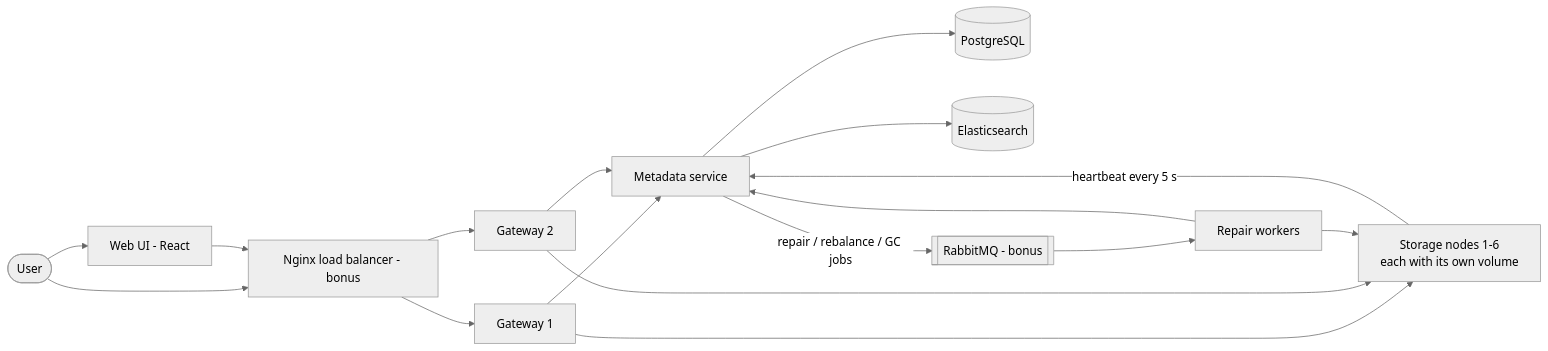
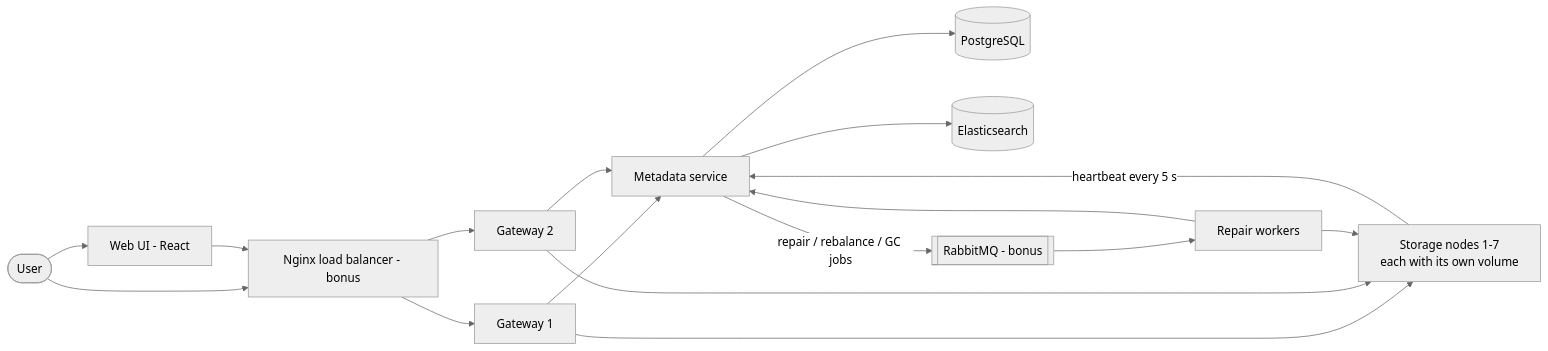
Before and after one commit to abed0srour/lab-dest: the first of 4 diagrams in docs/LAB_GUIDE.md, drawn with Mermaid (neutral theme). The commit also changed other lines of this file and 20 other files, not shown here.

````diff
--- a/docs/LAB_GUIDE.md
+++ b/docs/LAB_GUIDE.md
@@ -54,17 +54,17 @@
 ```mermaid
 flowchart LR
     U([User]) --> UI[Web UI - React]
     U --> LB[Nginx load balancer - bonus]
     UI --> LB
     LB --> G1[Gateway 1]
     LB --> G2[Gateway 2]
     G1 & G2 --> M[Metadata service]
     M --> PG[(PostgreSQL)]
     M --> ES[(Elasticsearch)]
-    G1 & G2 --> SN[Storage nodes 1-6<br/>each with its own volume]
+    G1 & G2 --> SN[Storage nodes 1-7<br/>each with its own volume]
     SN -- heartbeat every 5 s --> M
     M -- repair / rebalance / GC jobs --> Q[[RabbitMQ - bonus]]
     Q --> W[Repair workers]
     W --> SN
     W --> M
 ```
````
